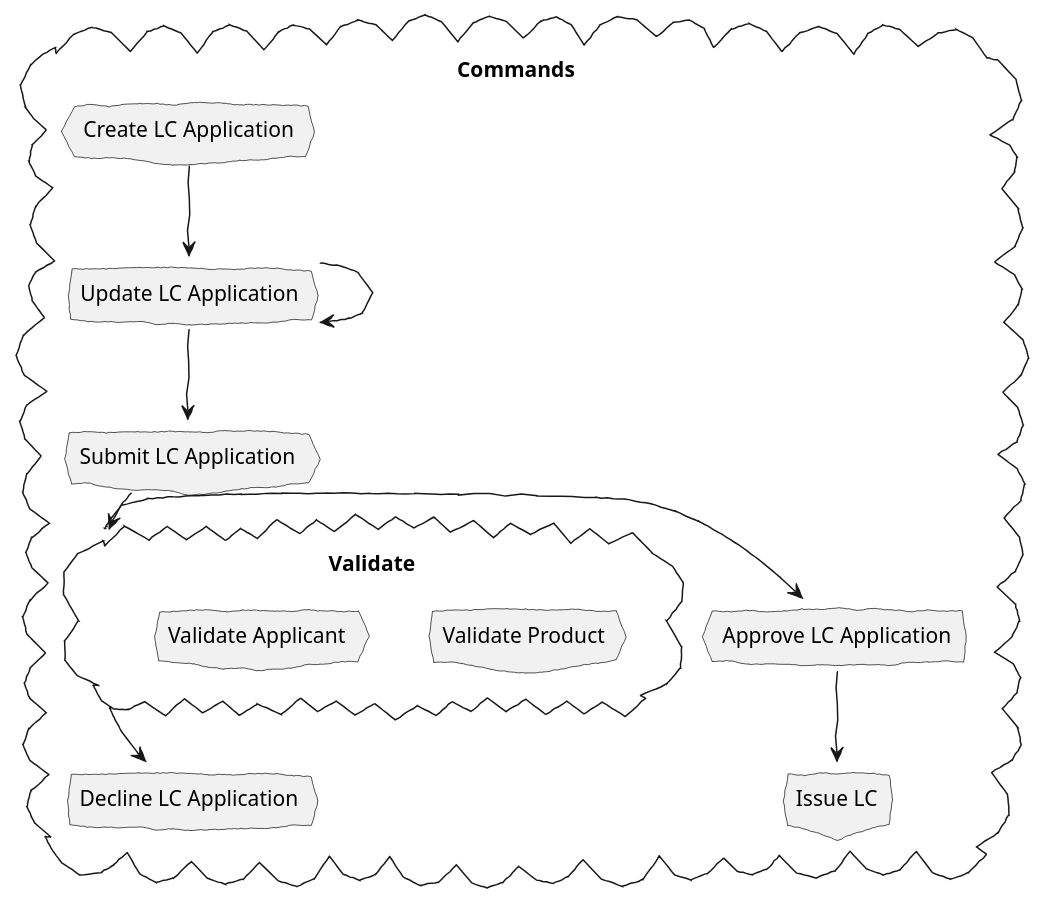
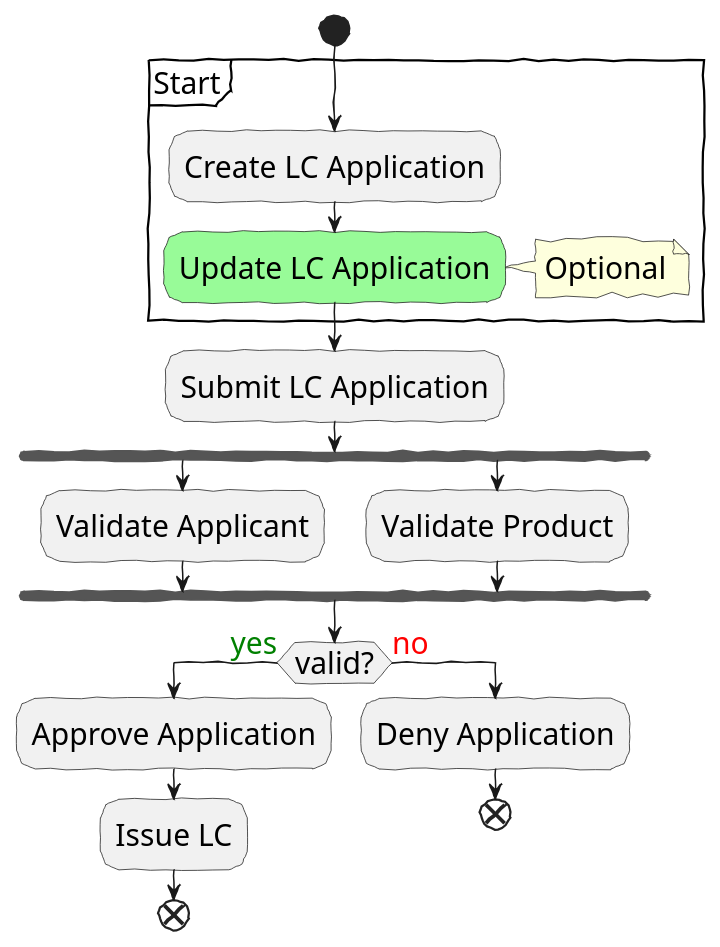
One commit to PacktPublishing/Domain-Driven-Design-with-Java-A-Practitioner-s-Guide changed the first of 2 diagrams in book/src/docs/asciidoc/06-implementing-a-task-based-ui.adoc. Above: the diagram before and after it, drawn with PlantUML. The commit also changed other lines of this file and 2 other files, not shown here.

Commit message:
Minor changes.

```diff
--- a/book/src/docs/asciidoc/06-implementing-a-task-based-ui.adoc
+++ b/book/src/docs/asciidoc/06-implementing-a-task-based-ui.adoc
@@ -31,28 +33,31 @@
 [plantuml,potential-commands]
 ....
 @startuml
 skinparam handwritten true
-skinparam CloudFontName "Gloria Hallelujah"
-cloud Commands {
-    cloud "Create LC Application" as St
-    cloud "Update LC Application" as U
-    cloud "Submit LC Application" as Su
-    cloud Validate as V {
-        cloud "Validate Product" as VP
-        cloud "Validate Applicant" as VA
-    }
-    cloud "Approve LC Application" as AA
-    cloud "Decline LC Application" as DA
-    cloud "Issue LC" as I
-
-   St -down-> U
-   U -down-> U
-   U -down-> Su
-   Su -down-> V
-   V -right-> AA
-   V --> DA
-   AA --> I
-
+<style>
+activityDiagram {
+  FontName "Gloria Hallelujah"
+  FontSize 20
 }
+</style>
+start
+partition Start {
+:Create LC Application;
+#palegreen:Update LC Application;
+note right: Optional
+}
+:Submit LC Application;
+fork
+:Validate Applicant;
+fork again
+:Validate Product;
+end fork
+if (valid?) is (<color:green>yes) then
+:Approve Application;
+:Issue LC;
+end
+else (<color:red>no)
+:Deny Application;
+end
 @enduml
 ....
```
